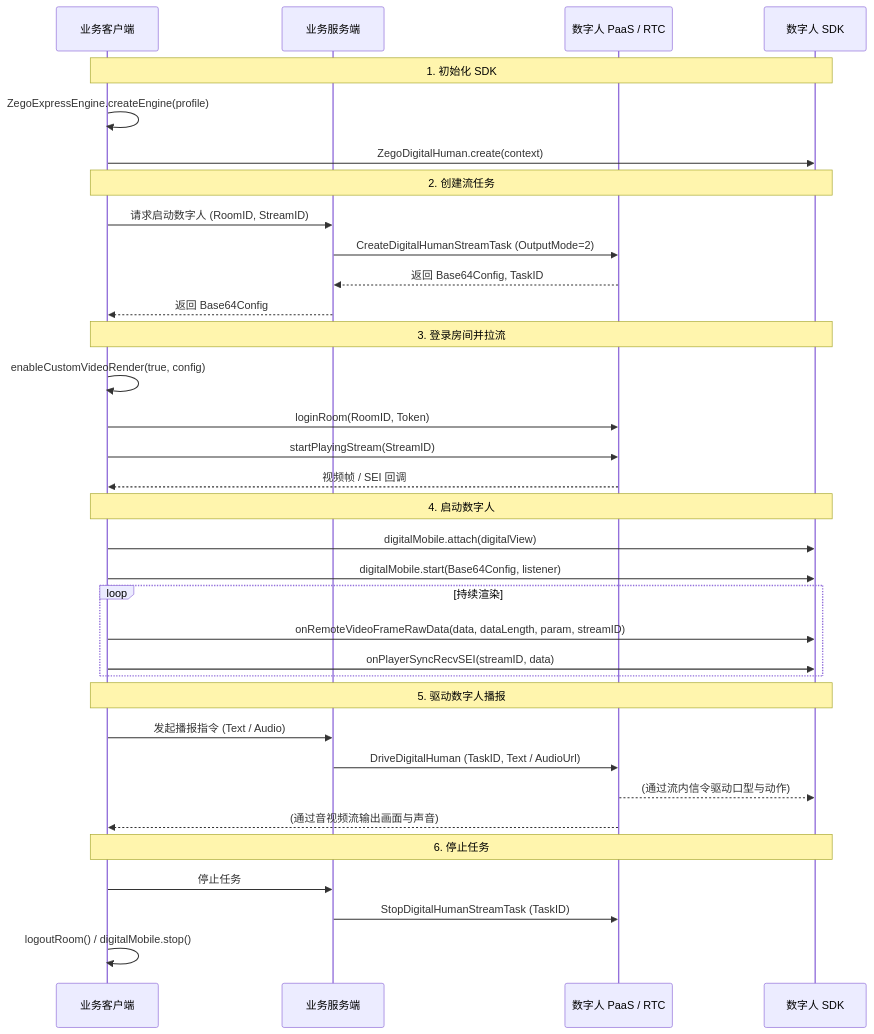
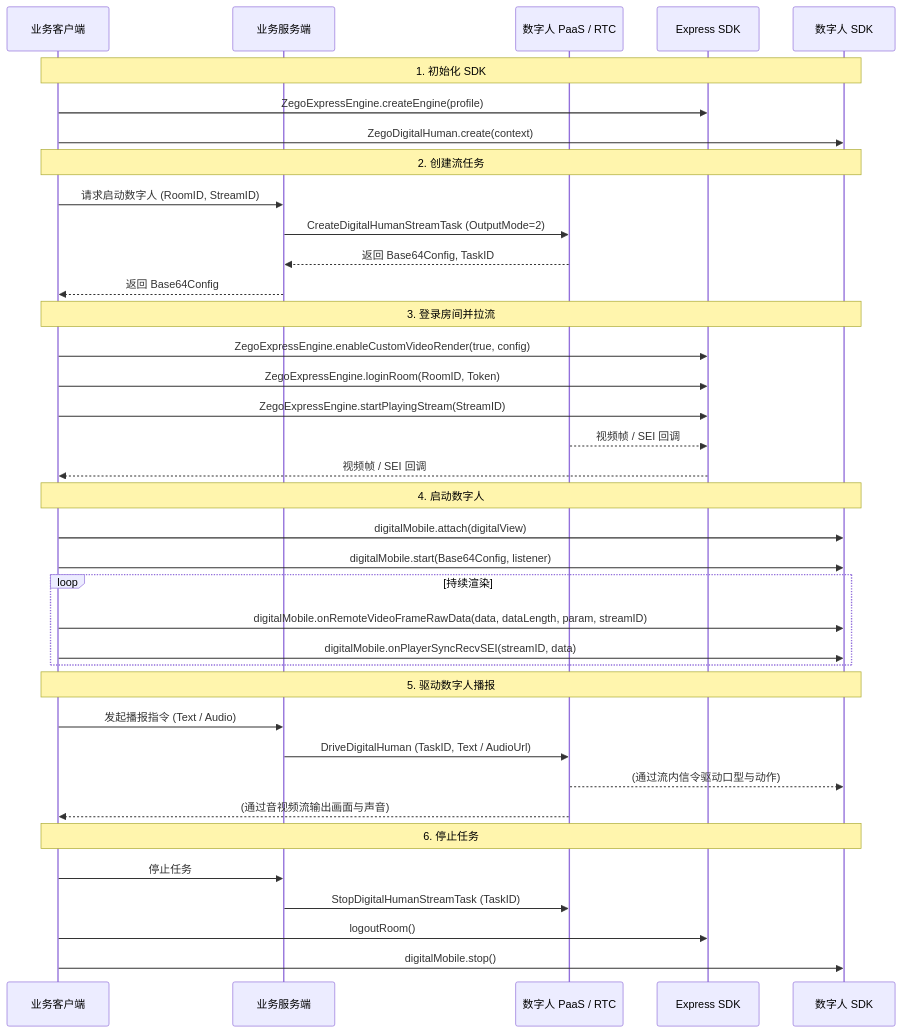
One commit to ZEGOCLOUD/docs_all changed the first of 3 diagrams in core_products/digital-human/zh/android/quick-start.mdx. Above: the diagram before and after it, drawn with Mermaid. The commit also changed other lines of this file, not shown here.

Commit message:
Refactor digital human SDK quick start documentation for Android to utilize Express SDK methods for engine creation, room login, and stream management, enhancing clarity and consistency in the integration process.

````diff
--- a/core_products/digital-human/zh/android/quick-start.mdx
+++ b/core_products/digital-human/zh/android/quick-start.mdx
@@ -76,42 +76,45 @@
 ```mermaid
 sequenceDiagram
     participant Client as 业务客户端
     participant Server as 业务服务端
     participant PaaS as 数字人 PaaS / RTC
+    participant Express as Express SDK
     participant DH_SDK as 数字人 SDK
 
     Note over Client, DH_SDK: 1. 初始化 SDK
-    Client->>Client: ZegoExpressEngine.createEngine(profile)
+    Client->>Express: ZegoExpressEngine.createEngine(profile)
     Client->>DH_SDK: ZegoDigitalHuman.create(context)
 
     Note over Client, DH_SDK: 2. 创建流任务
     Client->>Server: 请求启动数字人 (RoomID, StreamID)
     Server->>PaaS: CreateDigitalHumanStreamTask (OutputMode=2)
     PaaS-->>Server: 返回 Base64Config, TaskID
     Server-->>Client: 返回 Base64Config
 
     Note over Client, DH_SDK: 3. 登录房间并拉流
-    Client->>Client: enableCustomVideoRender(true, config)
-    Client->>PaaS: loginRoom(RoomID, Token)
-    Client->>PaaS: startPlayingStream(StreamID)
-    PaaS-->>Client: 视频帧 / SEI 回调
+    Client->>Express: ZegoExpressEngine.enableCustomVideoRender(true, config)
+    Client->>Express: ZegoExpressEngine.loginRoom(RoomID, Token)
+    Client->>Express: ZegoExpressEngine.startPlayingStream(StreamID)
+    PaaS-->>Express: 视频帧 / SEI 回调
+    Express-->>Client: 视频帧 / SEI 回调
 
     Note over Client, DH_SDK: 4. 启动数字人
     Client->>DH_SDK: digitalMobile.attach(digitalView)
     Client->>DH_SDK: digitalMobile.start(Base64Config, listener)
     loop 持续渲染
-        Client->>DH_SDK: onRemoteVideoFrameRawData(data, dataLength, param, streamID)
-        Client->>DH_SDK: onPlayerSyncRecvSEI(streamID, data)
+        Client->>DH_SDK: digitalMobile.onRemoteVideoFrameRawData(data, dataLength, param, streamID)
+        Client->>DH_SDK: digitalMobile.onPlayerSyncRecvSEI(streamID, data)
     end
 
     Note over Client, DH_SDK: 5. 驱动数字人播报
     Client->>Server: 发起播报指令 (Text / Audio)
     Server->>PaaS: DriveDigitalHuman (TaskID, Text / AudioUrl)
     PaaS-->>DH_SDK: (通过流内信令驱动口型与动作)
     PaaS-->>Client: (通过音视频流输出画面与声音)
 
     Note over Client, DH_SDK: 6. 停止任务
     Client->>Server: 停止任务
     Server->>PaaS: StopDigitalHumanStreamTask (TaskID)
-    Client->>Client: logoutRoom() / digitalMobile.stop()
+    Client->>Express: logoutRoom()
+    Client->>DH_SDK: digitalMobile.stop()
 ```
````
